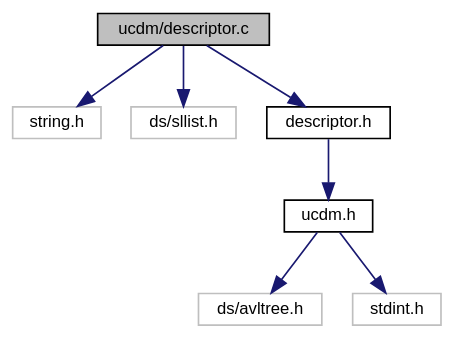
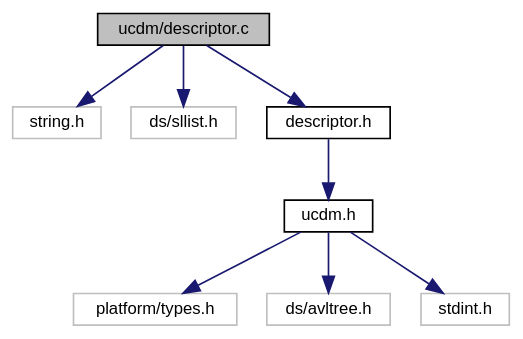
Before and after one commit to ebs-universe/piolib-ucdm: the diagram in descriptor_8c__incl.dot, drawn with Graphviz. The commit also changed 40 other files, not shown here.

```diff
--- a/descriptor_8c__incl.dot
+++ b/descriptor_8c__incl.dot
@@ -1,21 +1,23 @@
 digraph "ucdm/descriptor.c"
 {
  // INTERACTIVE_SVG=YES
  // LATEX_PDF_SIZE
   bgcolor="transparent";
   edge [fontname="Helvetica",fontsize="10",labelfontname="Helvetica",labelfontsize="10"];
   node [fontname="Helvetica",fontsize="10",shape=record];
   Node1 [label="ucdm/descriptor.c",height=0.2,width=0.4,color="black", fillcolor="grey75", style="filled", fontcolor="black",tooltip="Descriptor type definitions."];
   Node1 -> Node2 [color="midnightblue",fontsize="10",style="solid",fontname="Helvetica"];
   Node2 [label="string.h",height=0.2,width=0.4,color="grey75",tooltip=" "];
   Node1 -> Node3 [color="midnightblue",fontsize="10",style="solid",fontname="Helvetica"];
   Node3 [label="ds/sllist.h",height=0.2,width=0.4,color="grey75",tooltip=" "];
   Node1 -> Node4 [color="midnightblue",fontsize="10",style="solid",fontname="Helvetica"];
   Node4 [label="descriptor.h",height=0.2,width=0.4,color="black",URL="$descriptor_8h.html",tooltip="Descriptor type definitions."];
   Node4 -> Node5 [color="midnightblue",fontsize="10",style="solid",fontname="Helvetica"];
   Node5 [label="ucdm.h",height=0.2,width=0.4,color="black",URL="$ucdm_8h.html",tooltip="Interface and usage of the Unified Configuration and Data Manager."];
   Node5 -> Node6 [color="midnightblue",fontsize="10",style="solid",fontname="Helvetica"];
-  Node6 [label="ds/avltree.h",height=0.2,width=0.4,color="grey75",tooltip=" "];
+  Node6 [label="platform/types.h",height=0.2,width=0.4,color="grey75",tooltip=" "];
   Node5 -> Node7 [color="midnightblue",fontsize="10",style="solid",fontname="Helvetica"];
-  Node7 [label="stdint.h",height=0.2,width=0.4,color="grey75",tooltip=" "];
+  Node7 [label="ds/avltree.h",height=0.2,width=0.4,color="grey75",tooltip=" "];
+  Node5 -> Node8 [color="midnightblue",fontsize="10",style="solid",fontname="Helvetica"];
+  Node8 [label="stdint.h",height=0.2,width=0.4,color="grey75",tooltip=" "];
 }
```
